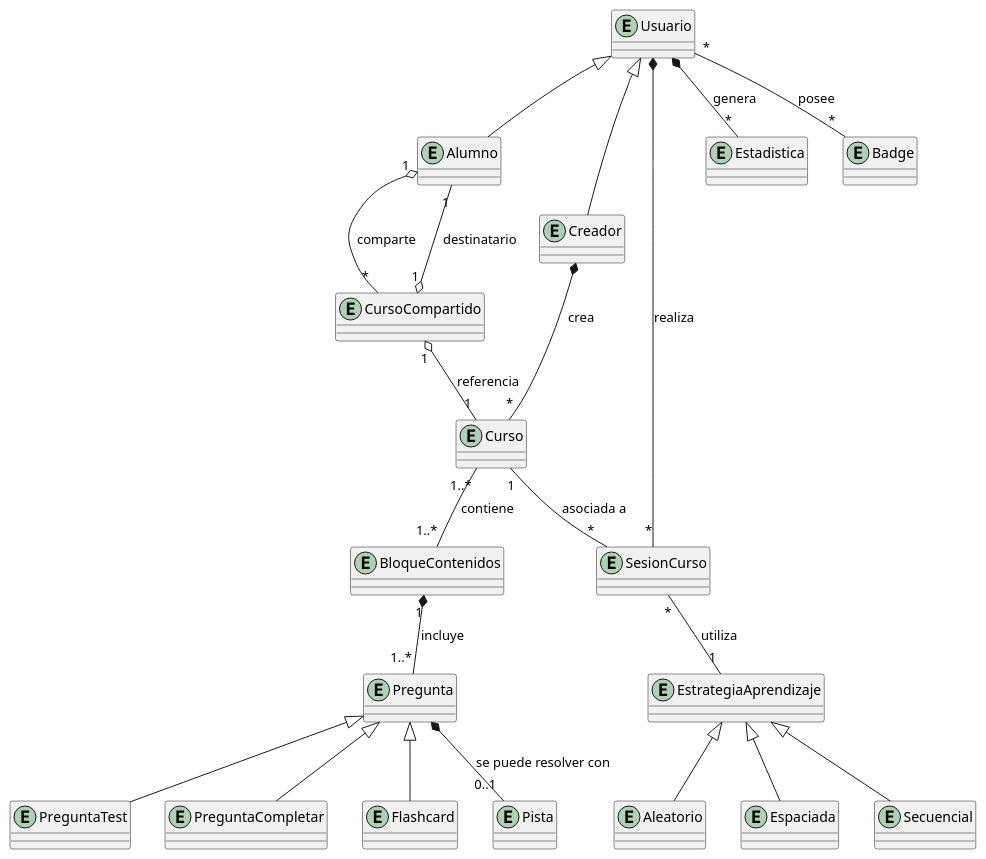
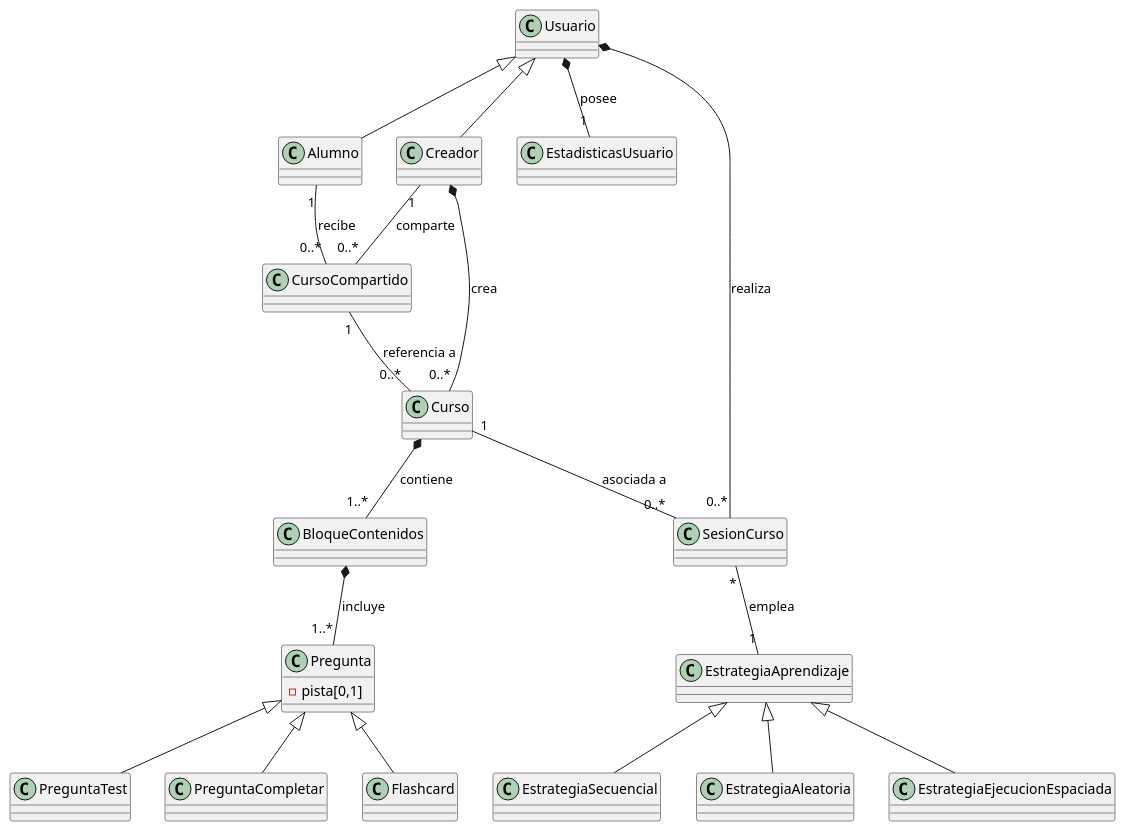
Before and after one commit to JuaanGB/Futbolistos: the diagram in diseño/modelado/modelado_uml.wsd, drawn with PlantUML. The commit also changed 51 other files, not shown here.

```diff
--- a/diseño/modelado/modelado_uml.wsd
+++ b/diseño/modelado/modelado_uml.wsd
@@ -1,69 +1,46 @@
 @startuml
-' Entidades del dominio
-
-entity Usuario
-entity Alumno
-entity Creador
-
 Usuario <|-- Alumno
 Usuario <|-- Creador
 
-entity Curso
-entity SesionCurso
-entity BloqueContenidos
-entity Pregunta
-entity PreguntaTest
-entity PreguntaCompletar
-entity Flashcard
-entity EstrategiaAprendizaje
-entity Secuencial
-entity Aleatorio
-entity Espaciada
-entity Pista
+' Usuario posee estadísticas
+Usuario *-- "1" EstadisticasUsuario : posee
 
-entity Estadistica
-entity CursoCompartido
-entity Badge
-
-' Relaciones
-
-' Un Usuario crea uno o más Cursos
-Creador *-- "*" Curso : crea
-
-' Compartición: Un Usuario comparte cursos con otros
-Alumno "1" o-- "*" CursoCompartido : comparte
-CursoCompartido "1" o-- "1" Curso : referencia
-CursoCompartido "1" o-- "1" Alumno : destinatario
-
-' Un Curso se compone de uno o más BloqueContenidos
-Curso "1..*" -- "1..*" BloqueContenidos : contiene
-
-' Cada BloqueContenidos incluye una o más Preguntas
-BloqueContenidos "1" *-- "1..*" Pregunta : incluye
-
-' Herencia de tipos de Pregunta
+' Estructura de los cursos
+Curso *-- "1..*" BloqueContenidos : contiene
+class Pregunta {
+  - pista[0,1]
+}
+BloqueContenidos *-- "1..*" Pregunta : incluye
 Pregunta <|-- PreguntaTest
 Pregunta <|-- PreguntaCompletar
 Pregunta <|-- Flashcard
 
-' Pistas de pregunta
-Pregunta *-- "0..1" Pista : se puede resolver con
+' Creador crea cursos.
+' Nota: Se asume que un creador puede tener cero o más cursos, pero cada curso es creado por un único creador.
+Creador *-- "0..*" Curso : crea
 
-' Herencia de tipos de EstrategiaAprendizaje
-EstrategiaAprendizaje <|-- Secuencial
-EstrategiaAprendizaje <|-- Aleatorio
-EstrategiaAprendizaje <|-- Espaciada
+' Compartición de curso.
+' Cada CursoCompartido es compartido por un único Creador y recibido por un único Alumno.
+Creador "1" -- "0..*" CursoCompartido : comparte
+Alumno "1" -- "0..*" CursoCompartido : recibe
 
-' Un Curso utiliza una Estrategia de Aprendizaje
-SesionCurso "*" -- "1" EstrategiaAprendizaje : utiliza
+' Referencia de CursoCompartido a Curso
+' Cada CursoCompartido referencia exactamente 1 Curso; 
+' un Curso puede estar referenciado en 0..* CursoCompartido.
+CursoCompartido "1" -- "0..*" Curso : referencia a
 
-' El progreso de un Curso se guarda mediante EstadoCurso
-Usuario *-- "*" SesionCurso : realiza
-Curso "1" -- "*" "SesionCurso" : asociada a
+' Usuario realiza SesionCurso
+' Cada SesionCurso la realiza un único Usuario, quien puede tener 0..* sesiones a medio.
+Usuario *-- "0..*" SesionCurso : realiza
 
-' Estadísticas de uso generadas por el Usuario
-Usuario *-- "*" Estadistica : genera
+' Relación de SesionCurso con Curso
+' Cada SesionCurso se asocia a 1 Curso; un Curso puede tener 0..* SesionCurso.
+Curso "1" -- "0..*" SesionCurso : asociada a
 
-' Gamificación: Relación muchos a muchos entre Usuario y Badge
-Usuario "*" -- "*" Badge : posee
+' Una SesionCurso emplea una EstrategiaAprendizaje
+SesionCurso "*" -- "1" EstrategiaAprendizaje : emplea
+EstrategiaAprendizaje <|-- EstrategiaSecuencial
+EstrategiaAprendizaje <|-- EstrategiaAleatoria
+EstrategiaAprendizaje <|-- EstrategiaEjecucionEspaciada
+
 @enduml
```
